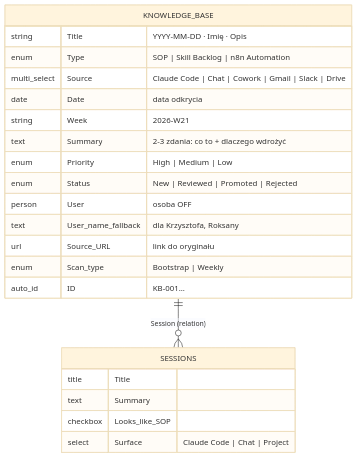
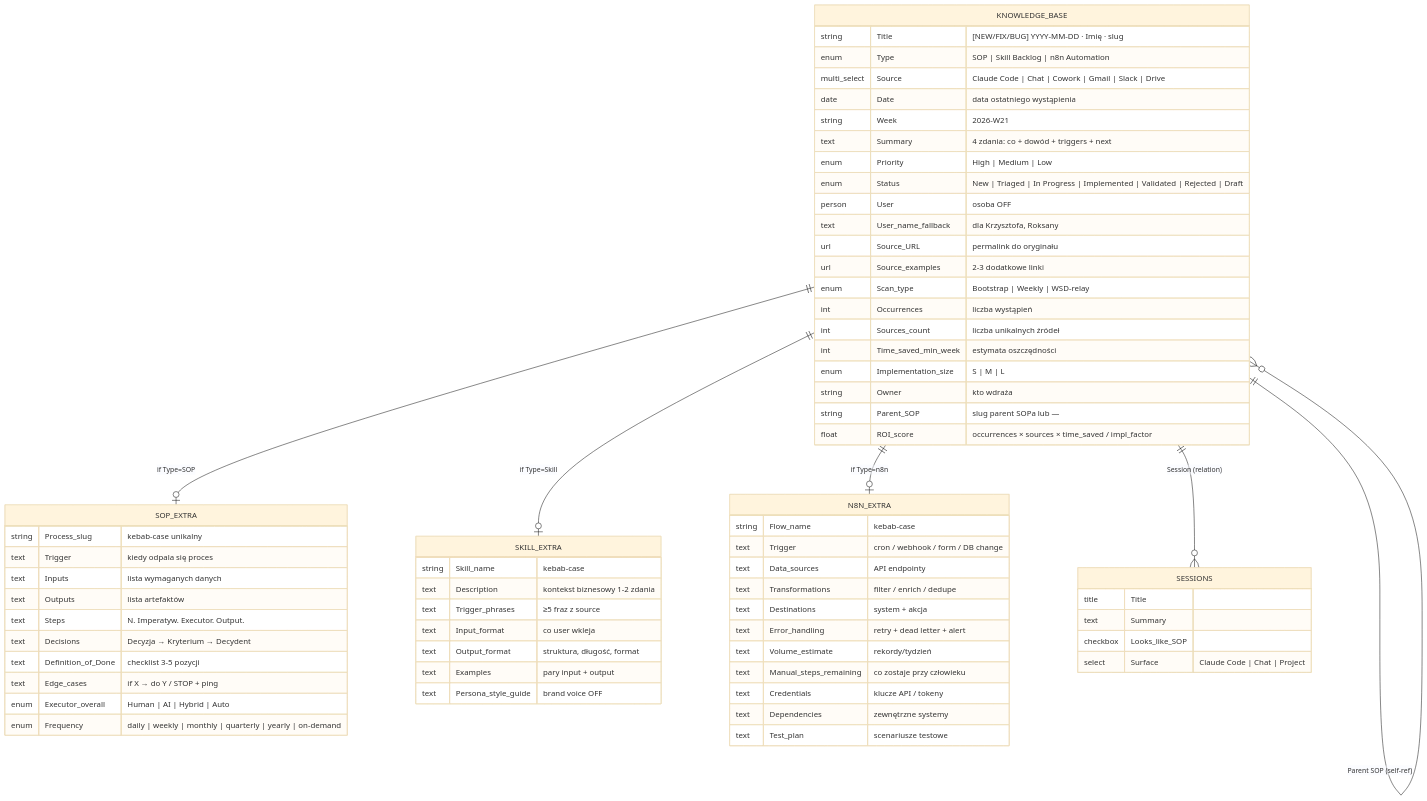
Before and after one commit to msm-glitch/knowledge-base: the fourth of 5 diagrams in FLOW.md, drawn with Mermaid (base theme). The commit also changed other lines of this file, not shown here.

First line of the commit message:
Update FLOW.md per v2.1: hierarchia SOP root diagram, 4-step decision tree, rozszerzony ER z Owner/Parent_SOP/Credentials/Test_plan

````diff
--- a/FLOW.md
+++ b/FLOW.md
@@ -92,27 +120,75 @@
 ```mermaid
 erDiagram
     KNOWLEDGE_BASE {
-        string Title "YYYY-MM-DD · Imię · Opis"
+        string Title "[NEW/FIX/BUG] YYYY-MM-DD · Imię · slug"
         enum Type "SOP | Skill Backlog | n8n Automation"
         multi_select Source "Claude Code | Chat | Cowork | Gmail | Slack | Drive"
-        date Date "data odkrycia"
+        date Date "data ostatniego wystąpienia"
         string Week "2026-W21"
-        text Summary "2-3 zdania: co to + dlaczego wdrożyć"
+        text Summary "4 zdania: co + dowód + triggers + next"
         enum Priority "High | Medium | Low"
-        enum Status "New | Reviewed | Promoted | Rejected"
+        enum Status "New | Triaged | In Progress | Implemented | Validated | Rejected | Draft"
         person User "osoba OFF"
         text User_name_fallback "dla Krzysztofa, Roksany"
-        url Source_URL "link do oryginału"
-        enum Scan_type "Bootstrap | Weekly"
-        auto_id ID "KB-001..."
+        url Source_URL "permalink do oryginału"
+        url Source_examples "2-3 dodatkowe linki"
+        enum Scan_type "Bootstrap | Weekly | WSD-relay"
+        int Occurrences "liczba wystąpień"
+        int Sources_count "liczba unikalnych źródeł"
+        int Time_saved_min_week "estymata oszczędności"
+        enum Implementation_size "S | M | L"
+        string Owner "kto wdraża"
+        string Parent_SOP "slug parent SOPa lub —"
+        float ROI_score "occurrences × sources × time_saved / impl_factor"
+    }
+
+    SOP_EXTRA {
+        string Process_slug "kebab-case unikalny"
+        text Trigger "kiedy odpala się proces"
+        text Inputs "lista wymaganych danych"
+        text Outputs "lista artefaktów"
+        text Steps "N. Imperatyw. Executor. Output."
+        text Decisions "Decyzja → Kryterium → Decydent"
+        text Definition_of_Done "checklist 3-5 pozycji"
+        text Edge_cases "if X → do Y / STOP + ping"
+        enum Executor_overall "Human | AI | Hybrid | Auto"
+        enum Frequency "daily | weekly | monthly | quarterly | yearly | on-demand"
+    }
+
+    SKILL_EXTRA {
+        string Skill_name "kebab-case"
+        text Description "kontekst biznesowy 1-2 zdania"
+        text Trigger_phrases "≥5 fraz z source"
+        text Input_format "co user wkleja"
+        text Output_format "struktura, długość, format"
+        text Examples "pary input + output"
+        text Persona_style_guide "brand voice OFF"
+    }
+
+    N8N_EXTRA {
+        string Flow_name "kebab-case"
+        text Trigger "cron / webhook / form / DB change"
+        text Data_sources "API endpointy"
+        text Transformations "filter / enrich / dedupe"
+        text Destinations "system + akcja"
+        text Error_handling "retry + dead letter + alert"
+        text Volume_estimate "rekordy/tydzień"
+        text Manual_steps_remaining "co zostaje przy człowieku"
+        text Credentials "klucze API / tokeny"
+        text Dependencies "zewnętrzne systemy"
+        text Test_plan "scenariusze testowe"
     }
 
     SESSIONS {
         title Title
         text Summary
         checkbox Looks_like_SOP
         select Surface "Claude Code | Chat | Project"
     }
 
+    KNOWLEDGE_BASE ||--o| SOP_EXTRA : "if Type=SOP"
+    KNOWLEDGE_BASE ||--o| SKILL_EXTRA : "if Type=Skill"
+    KNOWLEDGE_BASE ||--o| N8N_EXTRA : "if Type=n8n"
+    KNOWLEDGE_BASE ||--o{ KNOWLEDGE_BASE : "Parent SOP (self-ref)"
     KNOWLEDGE_BASE ||--o{ SESSIONS : "Session (relation)"
 ```
````
